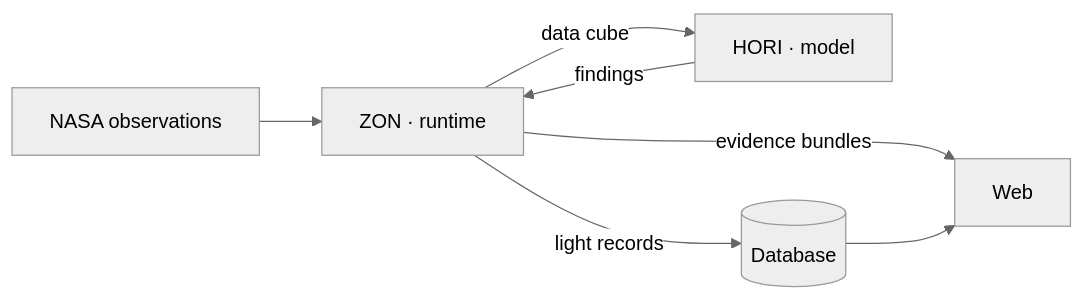
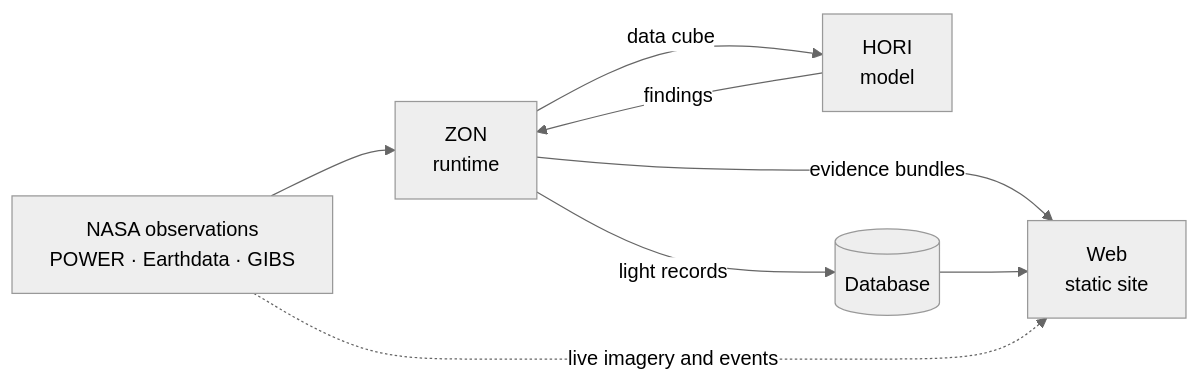
Before and after one commit to diegoramirez772/Horizon-247: the diagram in README.md, drawn with Mermaid (neutral theme). The commit also changed other lines of this file and 4 other files, not shown here.

````diff
--- a/README.md
+++ b/README.md
@@ -43,9 +86,10 @@
 ```mermaid
 flowchart LR
-    N[NASA observations] --> Z[ZON · runtime]
-    Z -->|data cube| H[HORI · model]
+    N["NASA observations<br/>POWER · Earthdata · GIBS"] --> Z["ZON<br/>runtime"]
+    Z -->|data cube| H["HORI<br/>model"]
     H -->|findings| Z
-    Z -->|evidence bundles| W[Web]
-    Z -->|light records| D[(Database)]
+    Z -->|evidence bundles| W["Web<br/>static site"]
+    Z -->|light records| D[("Database")]
     D --> W
+    N -.->|live imagery and events| W
 ```
````
